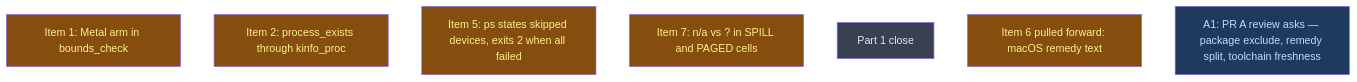
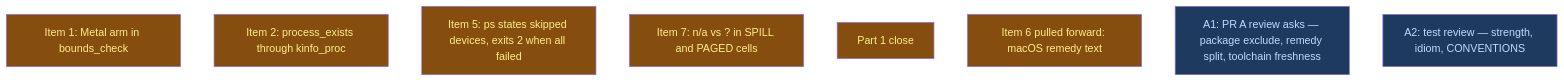
One commit to LittleCoinCoin/hypomnesis changed the diagram in __roadmap__/v0214-sandbox/part1/README.md. Above: the diagram before and after it, drawn with Mermaid. The commit also changed other lines of this file and 5 other files, not shown here.

First line of the commit message:
docs(roadmap): amendment A2 — PR B test review; part1_close in progress

````diff
--- a/__roadmap__/v0214-sandbox/part1/README.md
+++ b/__roadmap__/v0214-sandbox/part1/README.md
@@ -26,15 +26,16 @@
 ```mermaid
 graph TD
     metal_bounds_check[Item 1: Metal arm in bounds_check]:::inprogress
     process_exists_kinfo[Item 2: process_exists through kinfo_proc]:::inprogress
     ps_failed_devices[Item 5: ps states skipped devices, exits 2 when all failed]:::inprogress
     spill_cell_na[Item 7: n/a vs ? in SPILL and PAGED cells]:::inprogress
-    close[Part 1 close]:::planned
+    close[Part 1 close]:::inprogress
     remedy_macos[Item 6 pulled forward: macOS remedy text]:::inprogress
     maintainer_review_a[A1: PR A review asks — package exclude, remedy split, toolchain freshness]:::amendment
+    test_review_b[A2: test review — strength, idiom, CONVENTIONS]:::amendment
     classDef done       fill:#166534,color:#bbf7d0
     classDef inprogress fill:#854d0e,color:#fef08a
     classDef planned    fill:#374151,color:#e5e7eb
     classDef amendment  fill:#1e3a5f,color:#bfdbfe
     classDef blocked    fill:#7f1d1d,color:#fecaca
 ```
````
